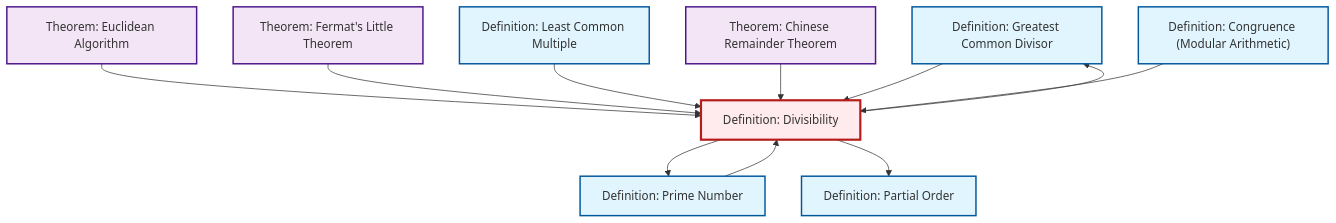
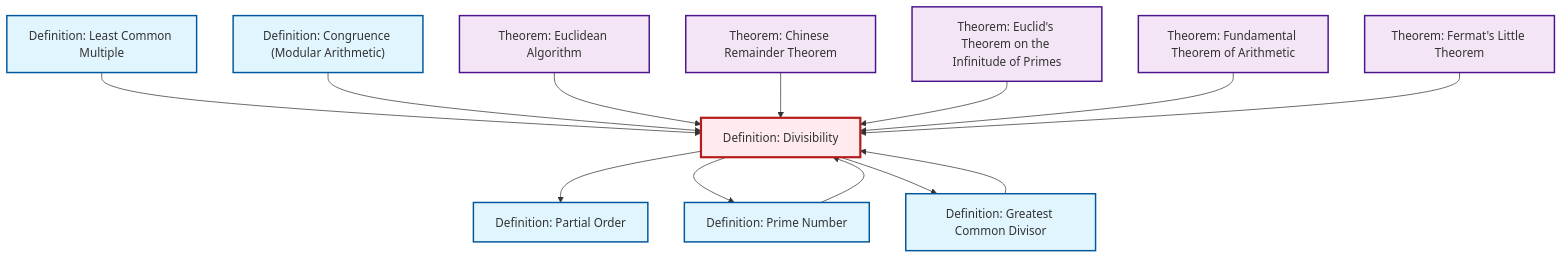
Before and after one commit to RK0429/ModernMath: the diagram in output/mermaid/def-divisibility.mermaid, drawn with Mermaid. The commit also changed 654 other files, not shown here.

```diff
--- a/output/mermaid/def-divisibility.mermaid
+++ b/output/mermaid/def-divisibility.mermaid
@@ -1,27 +1,31 @@
 %%| fig-cap: "Local dependency graph"
 graph TD
     classDef definition fill:#e1f5fe,stroke:#01579b,stroke-width:2px
     classDef theorem fill:#f3e5f5,stroke:#4a148c,stroke-width:2px
     classDef axiom fill:#fff3e0,stroke:#e65100,stroke-width:2px
     classDef example fill:#e8f5e9,stroke:#1b5e20,stroke-width:2px
     classDef current fill:#ffebee,stroke:#b71c1c,stroke-width:3px
+    thm-chinese-remainder["Theorem: Chinese Remainder Theorem"]:::theorem
+    thm-fermat-little["Theorem: Fermat's Little Theorem"]:::theorem
+    thm-euclidean-algorithm["Theorem: Euclidean Algorithm"]:::theorem
     def-gcd["Definition: Greatest Common Divisor"]:::definition
-    thm-fermat-little["Theorem: Fermat's Little Theorem"]:::theorem
+    def-divisibility["Definition: Divisibility"]:::definition
+    thm-fundamental-arithmetic["Theorem: Fundamental Theorem of Arithmetic"]:::theorem
+    thm-euclid-infinitude-primes["Theorem: Euclid's Theorem on the Infinitude of Primes"]:::theorem
     def-lcm["Definition: Least Common Multiple"]:::definition
     def-partial-order["Definition: Partial Order"]:::definition
+    def-prime["Definition: Prime Number"]:::definition
     def-congruence["Definition: Congruence (Modular Arithmetic)"]:::definition
-    def-divisibility["Definition: Divisibility"]:::definition
-    thm-chinese-remainder["Theorem: Chinese Remainder Theorem"]:::theorem
-    def-prime["Definition: Prime Number"]:::definition
-    thm-euclidean-algorithm["Theorem: Euclidean Algorithm"]:::theorem
+    def-gcd --> def-divisibility
+    def-divisibility --> def-partial-order
+    def-lcm --> def-divisibility
+    def-congruence --> def-divisibility
+    thm-euclidean-algorithm --> def-divisibility
+    def-prime --> def-divisibility
     def-divisibility --> def-prime
-    thm-euclidean-algorithm --> def-divisibility
+    thm-chinese-remainder --> def-divisibility
+    thm-euclid-infinitude-primes --> def-divisibility
+    thm-fundamental-arithmetic --> def-divisibility
     thm-fermat-little --> def-divisibility
     def-divisibility --> def-gcd
-    def-lcm --> def-divisibility
-    thm-chinese-remainder --> def-divisibility
-    def-gcd --> def-divisibility
-    def-divisibility --> def-partial-order
-    def-prime --> def-divisibility
-    def-congruence --> def-divisibility
     class def-divisibility current
```
